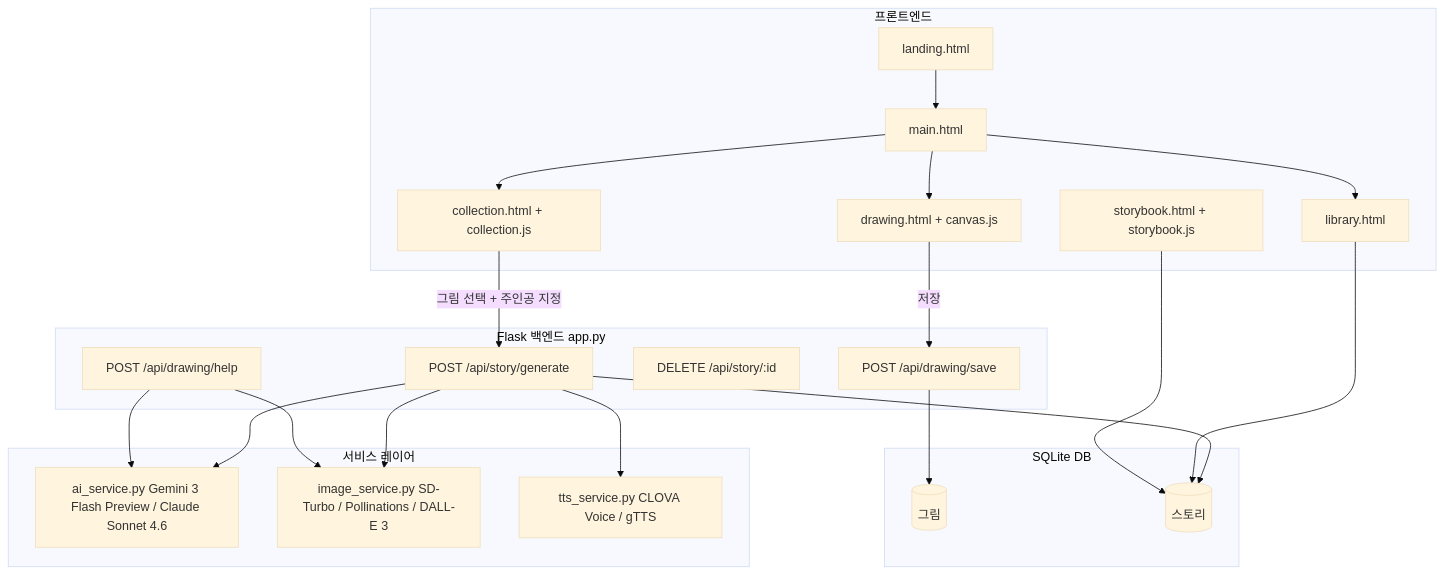
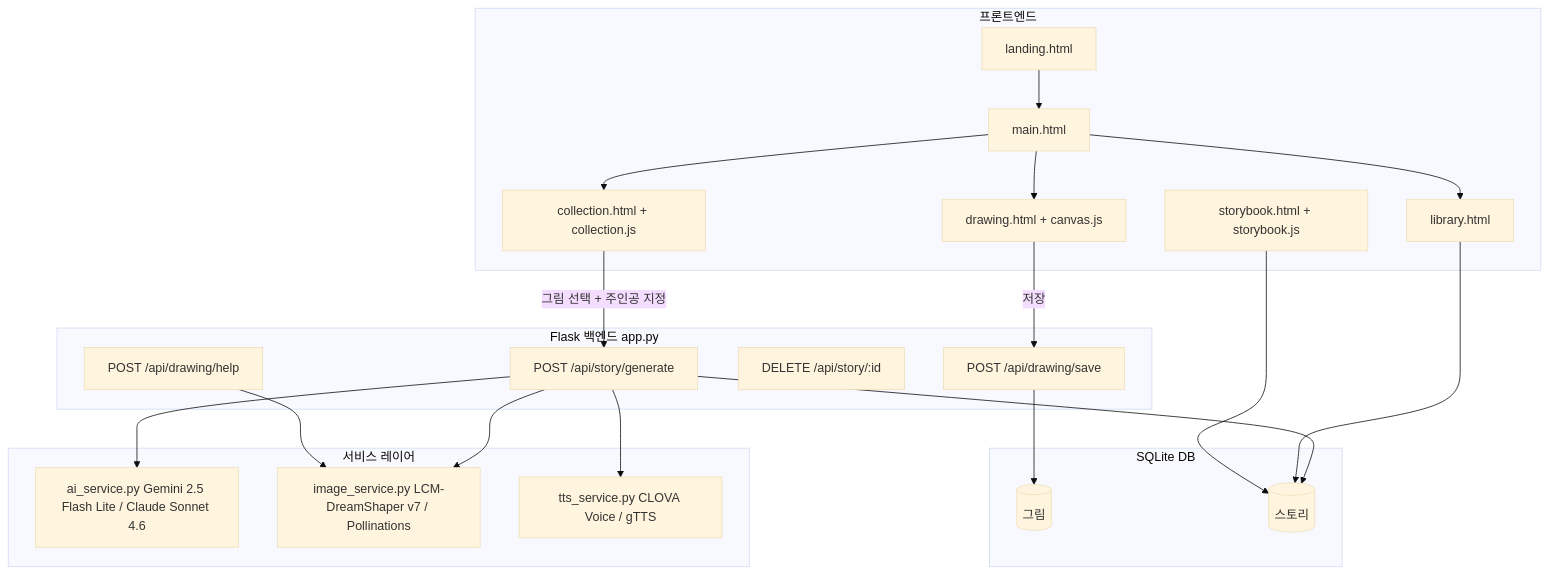
One commit to first-mini-project/mini-project changed the first of 3 diagrams in README.md. Above: the diagram before and after it, drawn with Mermaid (base theme). The commit also changed other lines of this file and 9 other files, not shown here.

````diff
--- a/README.md
+++ b/README.md
@@ -112,35 +111,35 @@
 ```mermaid
 flowchart TD
     subgraph FE[프론트엔드]
         landing[landing.html]
         main[main.html]
         draw[drawing.html + canvas.js]
         collection[collection.html + collection.js]
         library[library.html]
         storybook[storybook.html + storybook.js]
     end
     subgraph BE[Flask 백엔드 app.py]
         api1[POST /api/drawing/save]
         api2[POST /api/story/generate]
         api3[DELETE /api/story/:id]
         api4[POST /api/drawing/help]
     end
     subgraph SVC[서비스 레이어]
-        ai[ai_service.py Gemini 3 Flash Preview / Claude Sonnet 4.6]
-        img[image_service.py SD-Turbo / Pollinations / DALL-E 3]
+        ai[ai_service.py Gemini 2.5 Flash Lite / Claude Sonnet 4.6]
+        img[image_service.py LCM-DreamShaper v7 / Pollinations]
         tts[tts_service.py CLOVA Voice / gTTS]
     end
     subgraph DB[SQLite DB]
         d[(그림)]
         s[(스토리)]
     end
     landing --> main
     main --> draw & collection & library
     draw -->|저장| api1 --> d
     collection -->|그림 선택 + 주인공 지정| api2
     api2 --> ai & img & tts
     api2 --> s
     library --> s
     storybook --> s
-    api4 --> ai & img
+    api4 --> img
 ```
````
